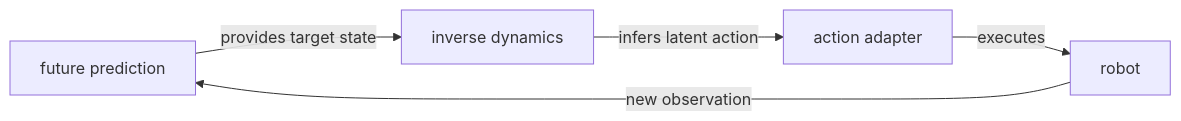
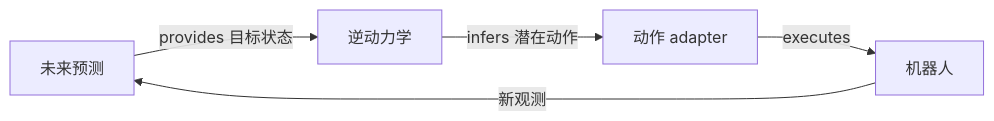
Before and after one commit to niuverse/llm-wiki: the second of 2 diagrams in wiki/concepts/InverseDynamicsModels.md, drawn with Mermaid. The commit also changed other lines of this file and 123 other files, not shown here.

````diff
--- a/wiki/concepts/InverseDynamicsModels.md
+++ b/wiki/concepts/InverseDynamicsModels.md
@@ -92,7 +92,7 @@
 ```mermaid
 flowchart LR
-  F["future prediction"] -->|provides target state| I["inverse dynamics"]
-  I -->|infers latent action| A["action adapter"]
-  A -->|executes| R["robot"]
-  R -->|new observation| F
+  F["未来预测"] -->|provides 目标状态| I["逆动力学"]
+  I -->|infers 潜在动作| A["动作 adapter"]
+  A -->|executes| R["机器人"]
+  R -->|新观测| F
 ```
````
